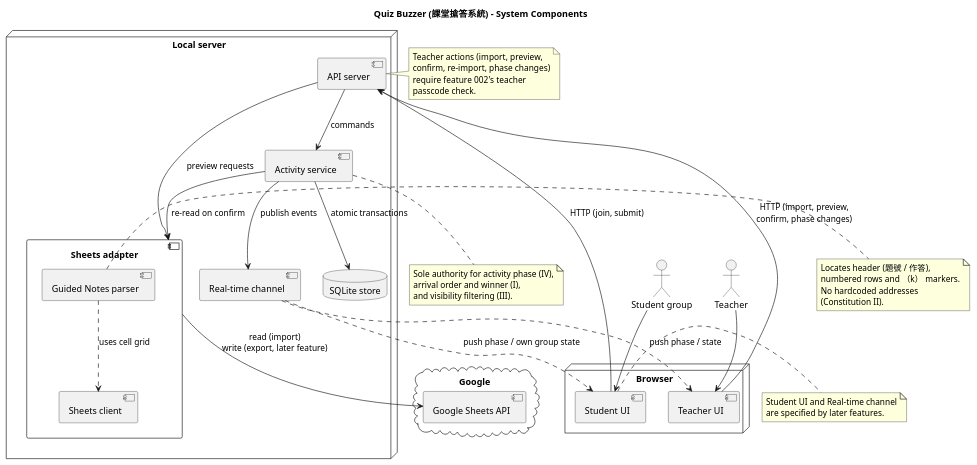
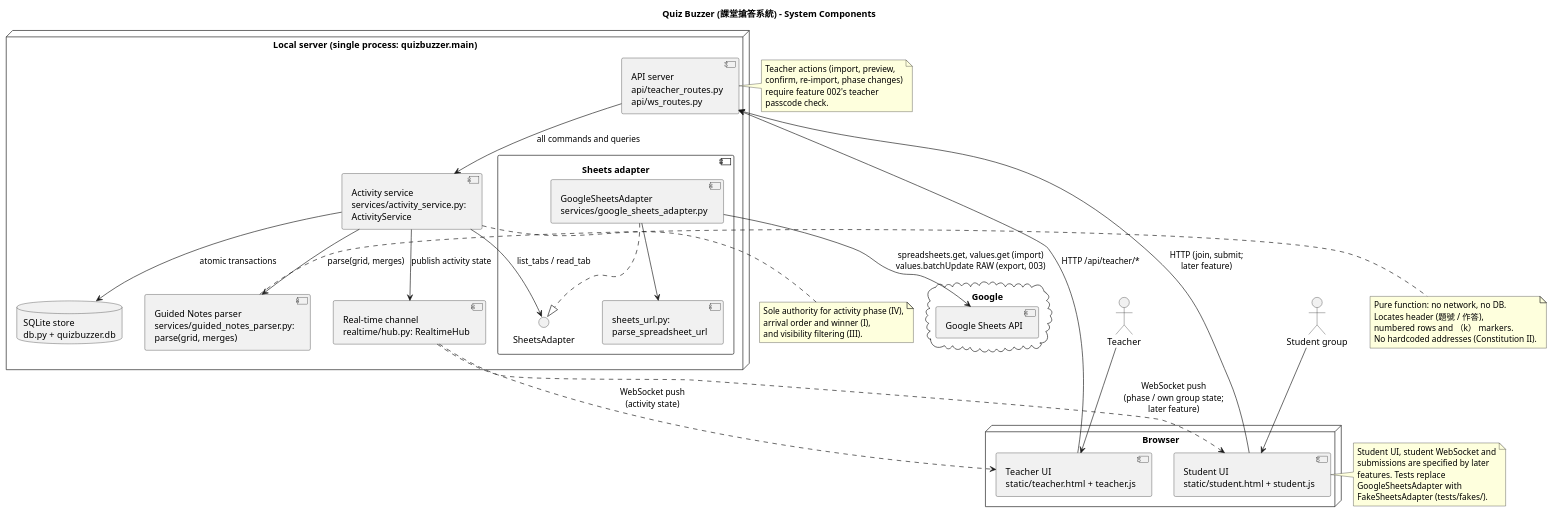
The diagram in diagrams/system-component.puml (WasabiSaikou/quiz-buzzer), drawn with PlantUML before and after one commit. The commit also changed 16 other files, not shown here.

```diff
--- a/diagrams/system-component.puml
+++ b/diagrams/system-component.puml
@@ -1,71 +1,77 @@
 @startuml system-component
 title Quiz Buzzer (課堂搶答系統) - System Components
 
 skinparam componentStyle uml2
 skinparam shadowing false
 skinparam defaultFontName "Microsoft JhengHei"
 
 actor Teacher
 actor "Student group" as Student
 
 node "Browser" {
-  [Teacher UI] as TUI
-  [Student UI] as SUI
+  [Teacher UI\nstatic/teacher.html + teacher.js] as TUI
+  [Student UI\nstatic/student.html + student.js] as SUI
 }
 
-node "Local server" {
-  [API server] as API
-  [Real-time channel] as RT
-  [Activity service] as ACT
+node "Local server (single process: quizbuzzer.main)" {
+  [API server\napi/teacher_routes.py\napi/ws_routes.py] as API
+  [Real-time channel\nrealtime/hub.py: RealtimeHub] as RT
+  [Activity service\nservices/activity_service.py:\nActivityService] as ACT
+  [Guided Notes parser\nservices/guided_notes_parser.py:\nparse(grid, merges)] as PARSER
   component "Sheets adapter" as SA {
-    [Guided Notes parser] as PARSER
-    [Sheets client] as SCLIENT
+    interface "SheetsAdapter" as SAI
+    [GoogleSheetsAdapter\nservices/google_sheets_adapter.py] as GSAD
+    [sheets_url.py:\nparse_spreadsheet_url] as URL
   }
-  database "SQLite store" as DB
+  database "SQLite store\ndb.py + quizbuzzer.db" as DB
 }
 
 cloud "Google" {
   [Google Sheets API] as GSA
 }
 
 Teacher --> TUI
 Student --> SUI
 
-TUI --> API : HTTP (import, preview,\nconfirm, phase changes)
-SUI --> API : HTTP (join, submit)
-RT ..> TUI : push phase / state
-RT ..> SUI : push phase / own group state
+TUI --> API : HTTP /api/teacher/*
+SUI --> API : HTTP (join, submit;\nlater feature)
+RT ..> TUI : WebSocket push\n(activity state)
+RT ..> SUI : WebSocket push\n(phase / own group state;\nlater feature)
 
-API --> ACT : commands
-API --> SA : preview requests
-ACT --> SA : re-read on confirm
+API --> ACT : all commands and queries
+ACT --> SAI : list_tabs / read_tab
+ACT --> PARSER : parse(grid, merges)
 ACT --> DB : atomic transactions
-ACT --> RT : publish events
-SA --> GSA : read (import)\nwrite (export, later feature)
-PARSER ..> SCLIENT : uses cell grid
+ACT --> RT : publish activity state
+GSAD ..|> SAI
+GSAD --> URL
+GSAD --> GSA : spreadsheets.get, values.get (import)\nvalues.batchUpdate RAW (export, 003)
 
 note right of PARSER
+  Pure function: no network, no DB.
   Locates header (題號 / 作答),
   numbered rows and （k） markers.
-  No hardcoded addresses
-  (Constitution II).
+  No hardcoded addresses (Constitution II).
 end note
 
 note bottom of ACT
   Sole authority for activity phase (IV),
   arrival order and winner (I),
   and visibility filtering (III).
 end note
 
 note right of SUI
-  Student UI and Real-time channel
-  are specified by later features.
+  Student UI, student WebSocket and
+  submissions are specified by later
+  features. Tests replace
+  GoogleSheetsAdapter with
+  FakeSheetsAdapter (tests/fakes/).
 end note
 
 note left of API
   Teacher actions (import, preview,
   confirm, re-import, phase changes)
   require feature 002's teacher
   passcode check.
 end note
 @enduml
```
